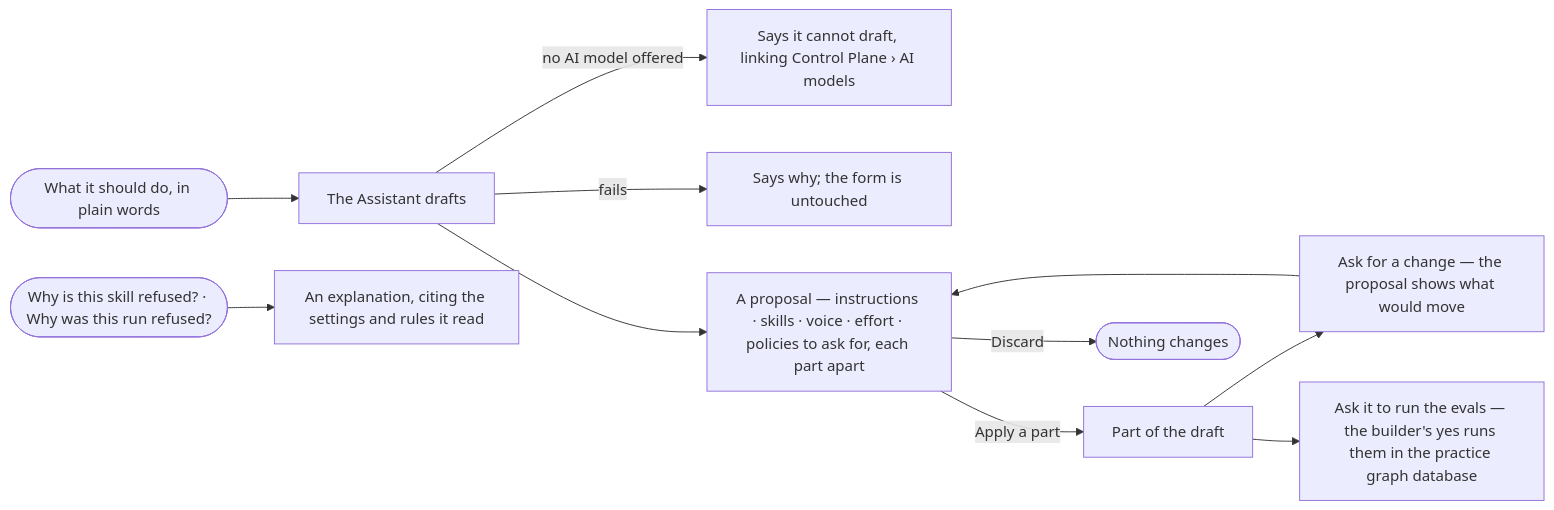
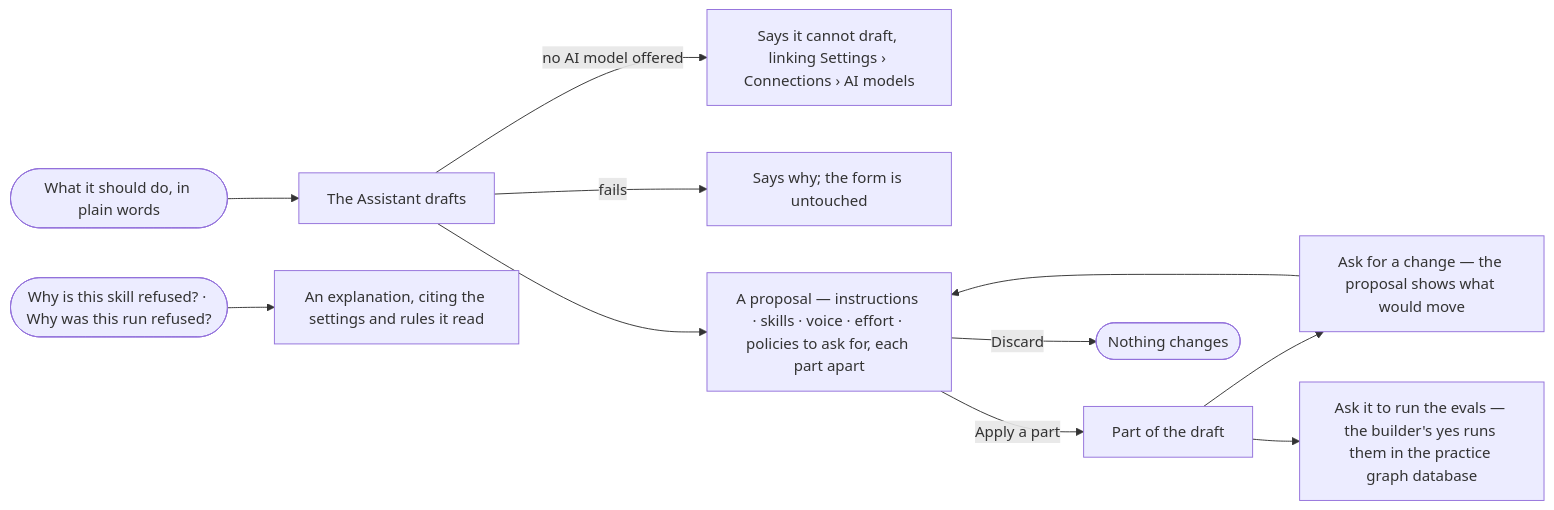
One commit to invana/invana changed the diagram in specs/capabilities/agents/features/AG-F01-build-an-agent/stories/AG-26-let-the-assistant-draft-and-explain-an-agent/story.md. Above: the diagram before and after it, drawn with Mermaid. The commit also changed other lines of this file and 106 other files, not shown here.

````diff
--- a/specs/capabilities/agents/features/AG-F01-build-an-agent/stories/AG-26-let-the-assistant-draft-and-explain-an-agent/story.md
+++ b/specs/capabilities/agents/features/AG-F01-build-an-agent/stories/AG-26-let-the-assistant-draft-and-explain-an-agent/story.md
@@ -30,13 +30,13 @@
 ```mermaid
 flowchart LR
   w(["What it should do, in plain words"]) --> a["The Assistant drafts"]
-  a -->|no AI model offered| ax["Says it cannot draft, linking Control Plane › AI models"]
+  a -->|no AI model offered| ax["Says it cannot draft, linking Settings › Connections › AI models"]
   a -->|fails| af["Says why; the form is untouched"]
   a --> p["A proposal — instructions · skills · voice · effort · policies to ask for, each part apart"]
   p -->|Apply a part| d["Part of the draft"]
   p -->|Discard| n(["Nothing changes"])
   d --> c["Ask for a change — the proposal shows what would move"]
   c --> p
   d --> t["Ask it to run the evals — the builder's yes runs them in the practice graph database"]
   q(["Why is this skill refused? · Why was this run refused?"]) --> e["An explanation, citing the settings and rules it read"]
 ```
````
